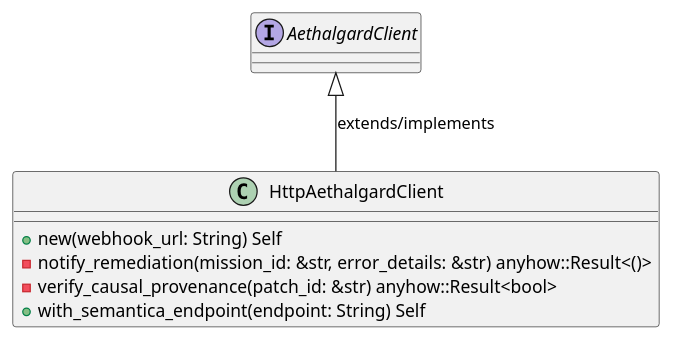
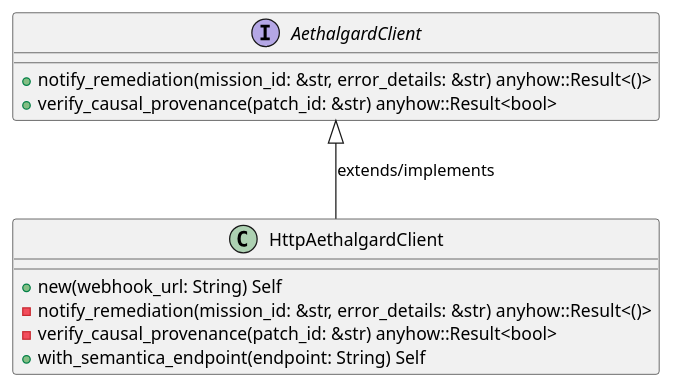
Before and after one commit to lgcorzo/rust_CACD_autonomous_factory: the first of 6 diagrams in openwiki/crates_factory_infrastructure_src_aethalgard.md, drawn with PlantUML. The commit also changed other lines of this file and 96 other files, not shown here.

````diff
--- a/openwiki/crates_factory_infrastructure_src_aethalgard.md
+++ b/openwiki/crates_factory_infrastructure_src_aethalgard.md
@@ -128,14 +187,16 @@
 ```plantuml
 @startuml
 interface AethalgardClient {
+    +notify_remediation(mission_id: &str, error_details: &str) anyhow::Result<()>
+    +verify_causal_provenance(patch_id: &str) anyhow::Result<bool>
 }
 class HttpAethalgardClient {
     +new(webhook_url: String) Self
     -notify_remediation(mission_id: &str, error_details: &str) anyhow::Result<()>
     -verify_causal_provenance(patch_id: &str) anyhow::Result<bool>
     +with_semantica_endpoint(endpoint: String) Self
 }
 AethalgardClient <|-- HttpAethalgardClient : extends/implements
 @enduml
 
 ```
````
